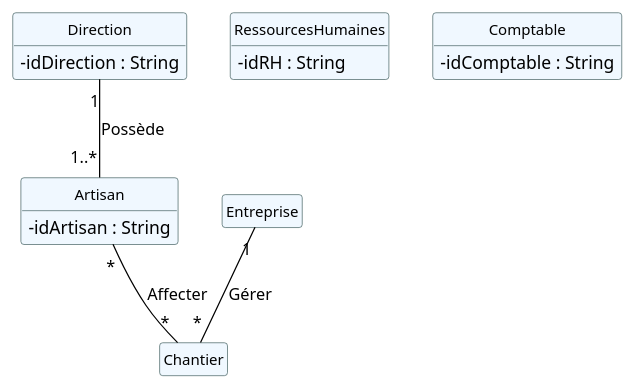
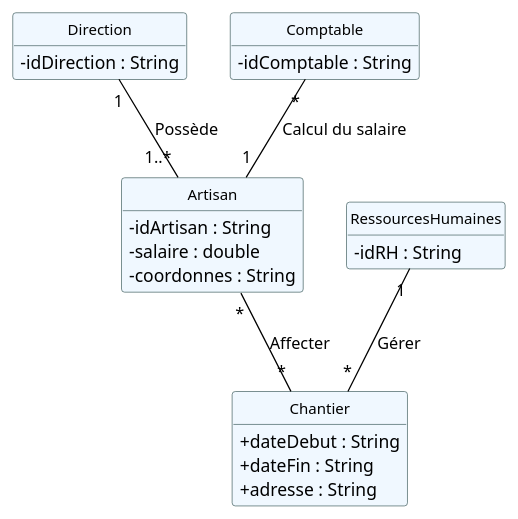
One commit to IUT-Blagnac/r2-01-conception-td5-Aadroman changed the diagram in dc.plantuml. Above: the diagram before and after it, drawn with PlantUML.

Commit message:
3e push tp 08032022

```diff
--- a/dc.plantuml
+++ b/dc.plantuml
@@ -3,51 +3,56 @@
 @startuml
 
 hide circle
 hide empty members
 hide empty methods
 
 skinparam classAttributeIconSize 0
 
 skinparam roundcorner 5
 
 skinparam class {
     BackgroundColor AliceBlue
     BorderColor DarkSlateGray
     ArrowColor Black
     FontColor Black
     FontSize 12
     FontName Helvetica
 }
 
 skinparam arrow {
     MessageAlign center
 }
 
 
 class Direction{
     - idDirection : String 
 }
 
 class RessourcesHumaines{
     - idRH : String 
 }
 
 class Comptable {
     - idComptable : String
 }
 
 class Artisan{
     - idArtisan : String
+    - salaire : double
+    - coordonnes : String
 }
 
 class Chantier{
-
+    + dateDebut : String
+    + dateFin : String
+    + adresse : String
 }
 
 Direction "1" -- "1..*" Artisan : Possède
-Entreprise "1" -- "*" Chantier : Gérer
+RessourcesHumaines "1" -- "*" Chantier : Gérer
 Artisan "*" -- "*" Chantier : Affecter
+Comptable "*" -- "1" Artisan : Calcul du salaire
 
 
 
 @enduml
```
